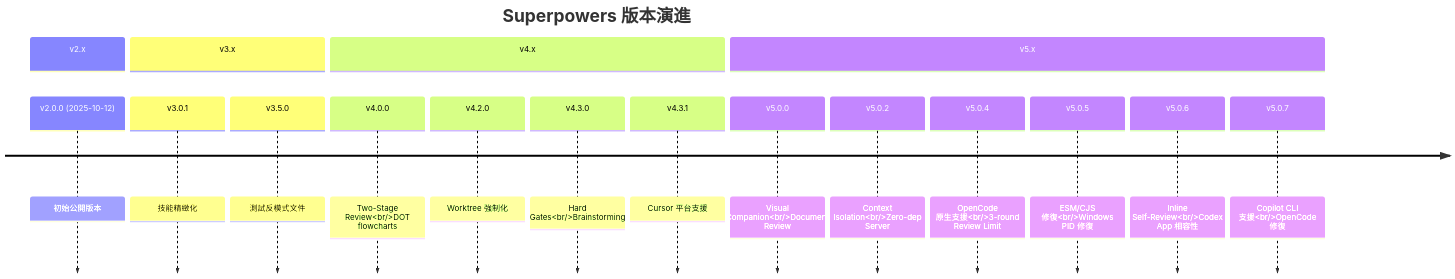
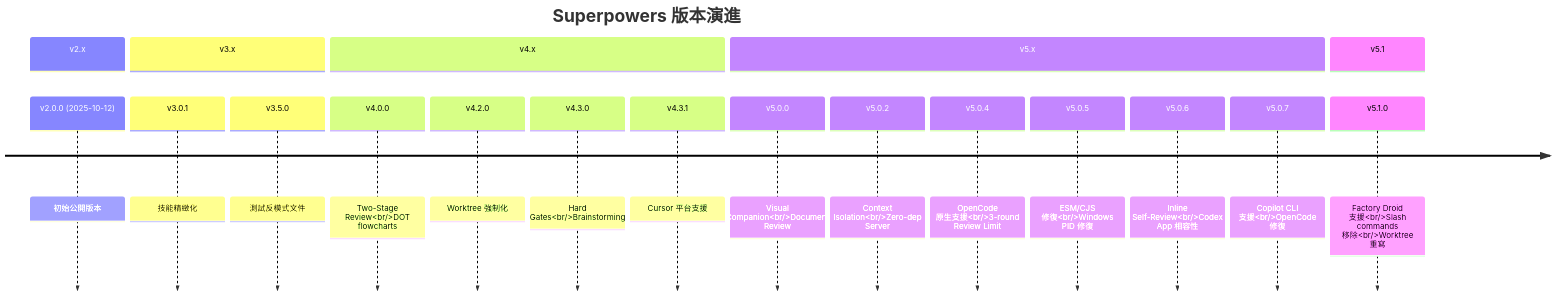
One commit to chihhung/Blog changed diagram 29 of 43 in content/posts/教學/AI開發/Superpowers教學手冊.md. Above: the diagram before and after it, drawn with Mermaid. The commit also changed other lines of this file and 12 other files, not shown here.

````diff
--- a/content/posts/教學/AI開發/Superpowers教學手冊.md
+++ b/content/posts/教學/AI開發/Superpowers教學手冊.md
@@ -3584,21 +3625,23 @@
 ```mermaid
 timeline
     title Superpowers 版本演進
     section v2.x
         v2.0.0 (2025-10-12) : 初始公開版本
     section v3.x
         v3.0.1 : 技能精緻化
         v3.5.0 : 測試反模式文件
     section v4.x
         v4.0.0 : Two-Stage Review<br/>DOT flowcharts
         v4.2.0 : Worktree 強制化
         v4.3.0 : Hard Gates<br/>Brainstorming
         v4.3.1 : Cursor 平台支援
     section v5.x
         v5.0.0 : Visual Companion<br/>Document Review
         v5.0.2 : Context Isolation<br/>Zero-dep Server
         v5.0.4 : OpenCode 原生支援<br/>3-round Review Limit
         v5.0.5 : ESM/CJS 修復<br/>Windows PID 修復
         v5.0.6 : Inline Self-Review<br/>Codex App 相容性
         v5.0.7 : Copilot CLI 支援<br/>OpenCode 修復
+    section v5.1
+        v5.1.0 : Factory Droid 支援<br/>Slash commands 移除<br/>Worktree 重寫
 ```
````
